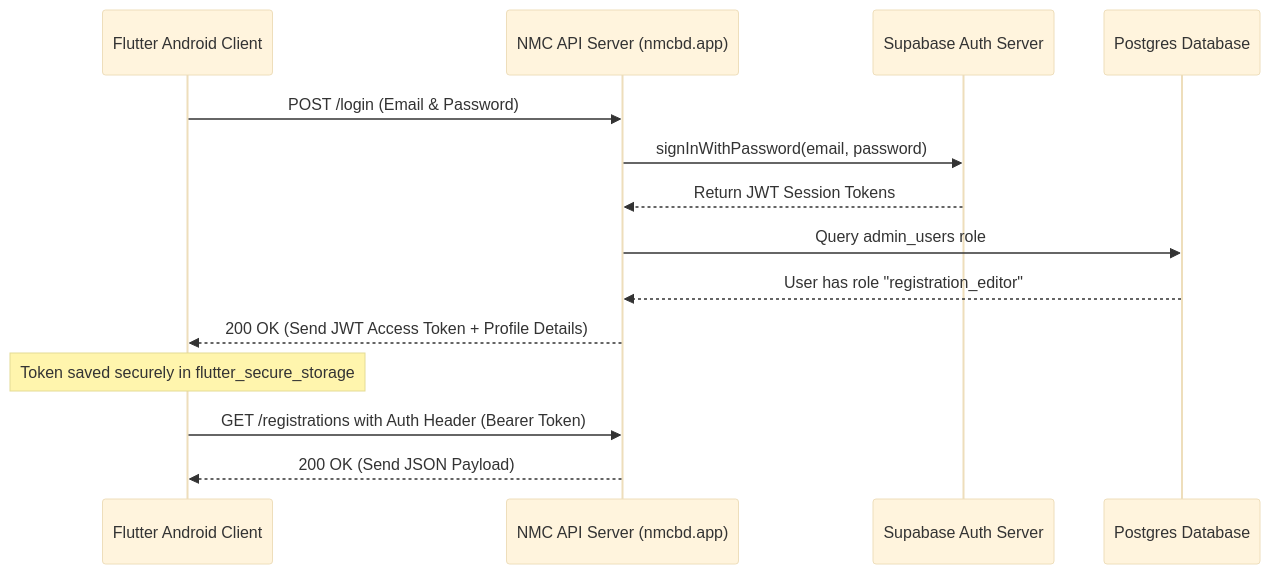
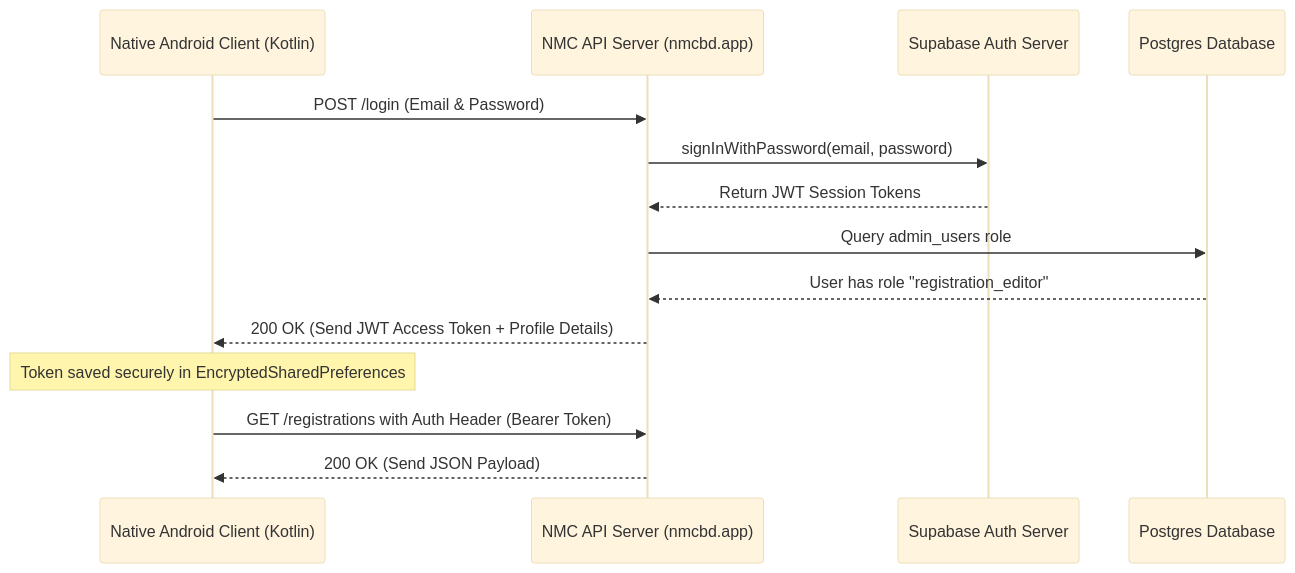
Before and after one commit to mohatamimhaque/nmc-app: the second of 2 diagrams in ANDROID_APP_PRD.md, drawn with Mermaid (base theme). The commit also changed other lines of this file and 8 other files, not shown here.

````diff
--- a/ANDROID_APP_PRD.md
+++ b/ANDROID_APP_PRD.md
@@ -70,17 +88,17 @@
 ```mermaid
 sequenceDiagram
-    participant App as Flutter Android Client
+    participant App as Native Android Client (Kotlin)
     participant Server as NMC API Server (nmcbd.app)
     participant Auth as Supabase Auth Server
     participant DB as Postgres Database
 
     App->>Server: POST /login (Email & Password)
     Server->>Auth: signInWithPassword(email, password)
     Auth-->>Server: Return JWT Session Tokens
     Server->>DB: Query admin_users role
     DB-->>Server: User has role "registration_editor"
     Server-->>App: 200 OK (Send JWT Access Token + Profile Details)
-    Note over App: Token saved securely in flutter_secure_storage
+    Note over App: Token saved securely in EncryptedSharedPreferences
     App->>Server: GET /registrations with Auth Header (Bearer Token)
     Server-->>App: 200 OK (Send JSON Payload)
 ```
````
